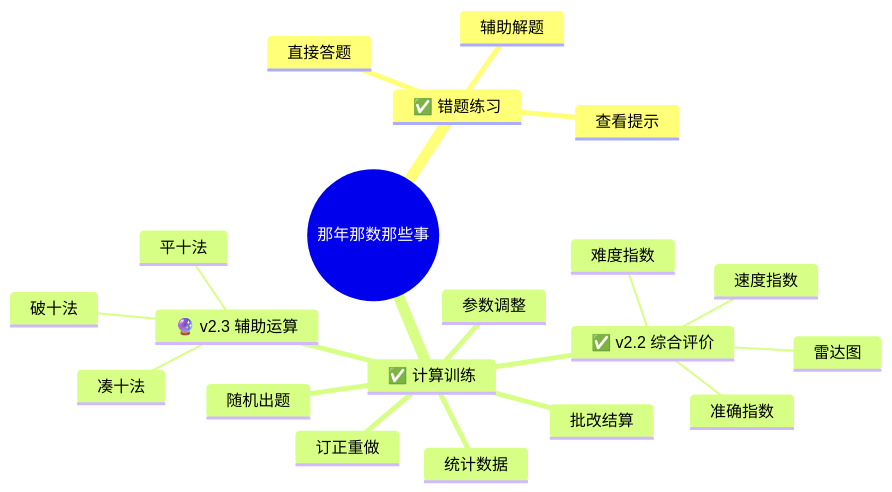
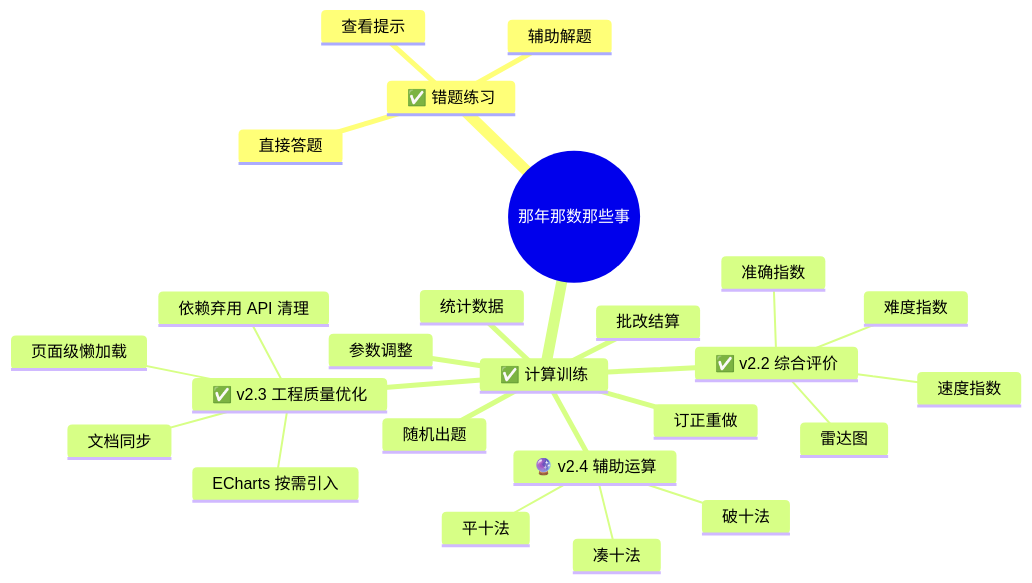
The first of 2 diagrams in README.md (soapgu/that-math-things), drawn with Mermaid before and after one commit. The commit also changed other lines of this file and 12 other files, not shown here.

````diff
--- a/README.md
+++ b/README.md
@@ -55,23 +58,28 @@
 ```mermaid
 mindmap
   root((那年那数那些事))
     ✅ 错题练习
       直接答题
       查看提示
       辅助解题
     ✅ 计算训练
       参数调整
       随机出题
       批改结算
       订正重做
       统计数据
      ✅ v2.2 综合评价
        难度指数
        准确指数
        速度指数
        雷达图
-     🔮 v2.3 辅助运算
+     ✅ v2.3 工程质量优化
+       页面级懒加载
+       ECharts 按需引入
+       依赖弃用 API 清理
+       文档同步
+     🔮 v2.4 辅助运算
        凑十法
        破十法
        平十法
 ```
````
